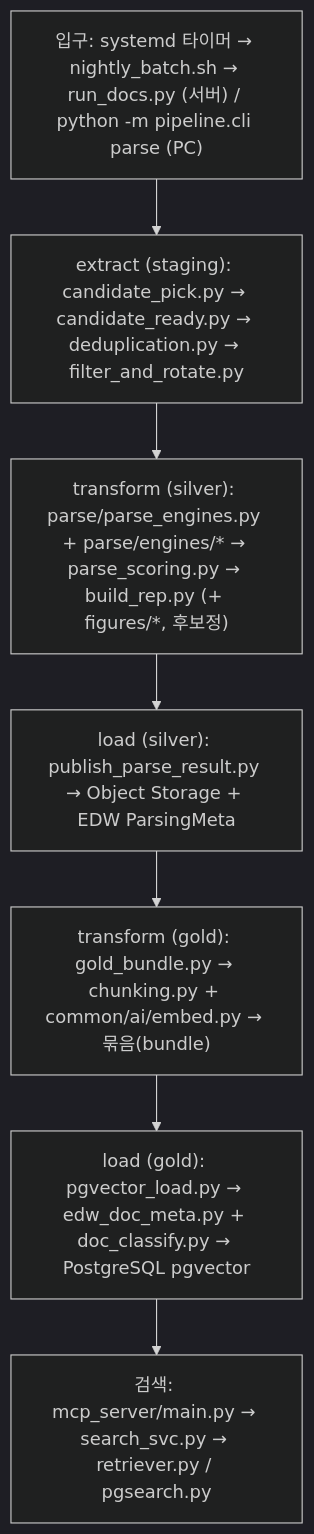
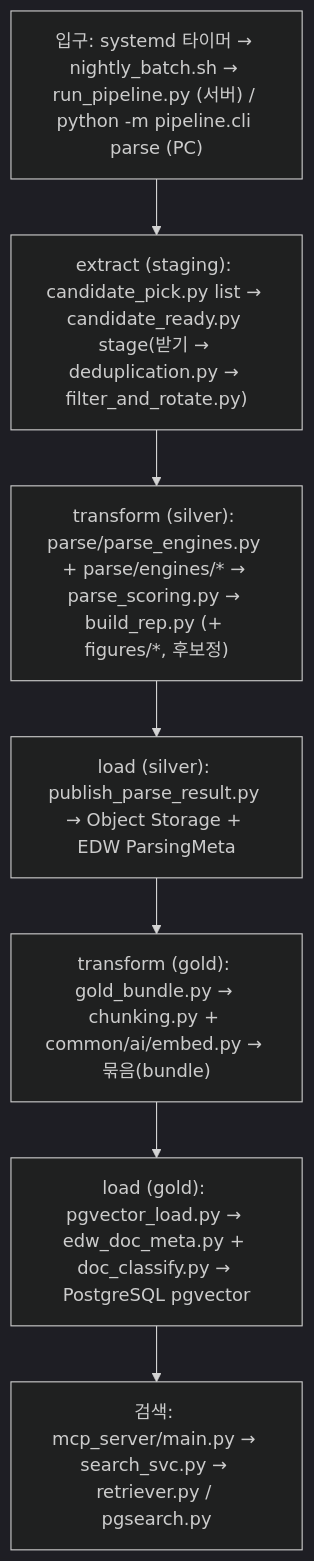
The first of 11 diagrams in docs/architecture/parse_flow.md (gigasamba/sbl_data_parsing), drawn with Mermaid (dark theme) before and after one commit. The commit also changed other lines of this file and 62 other files, not shown here.

````diff
--- a/docs/architecture/parse_flow.md
+++ b/docs/architecture/parse_flow.md
@@ -26,11 +26,11 @@
 ```mermaid
 flowchart TD
-    A["입구: systemd 타이머 → nightly_batch.sh → run_docs.py (서버) / python -m pipeline.cli parse (PC)"]
-    B["extract (staging): candidate_pick.py → candidate_ready.py → deduplication.py → filter_and_rotate.py"]
+    A["입구: systemd 타이머 → nightly_batch.sh → run_pipeline.py (서버) / python -m pipeline.cli parse (PC)"]
+    B["extract (staging): candidate_pick.py list → candidate_ready.py stage(받기 → deduplication.py → filter_and_rotate.py)"]
     C["transform (silver): parse/parse_engines.py + parse/engines/* → parse_scoring.py → build_rep.py (+ figures/*, 후보정)"]
     P["load (silver): publish_parse_result.py → Object Storage + EDW ParsingMeta"]
     D["transform (gold): gold_bundle.py → chunking.py + common/ai/embed.py → 묶음(bundle)"]
     E["load (gold): pgvector_load.py → edw_doc_meta.py + doc_classify.py → PostgreSQL pgvector"]
     F["검색: mcp_server/main.py → search_svc.py → retriever.py / pgsearch.py"]
     A --> B --> C --> P --> D --> E --> F
 ```
````
